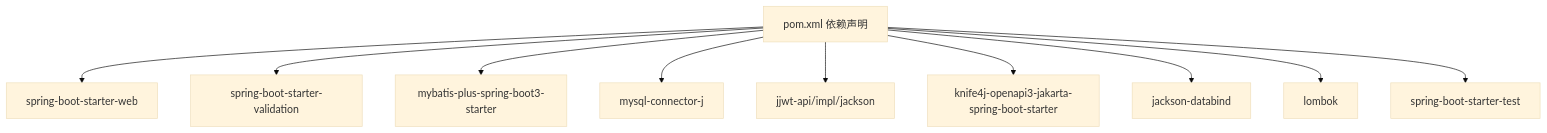
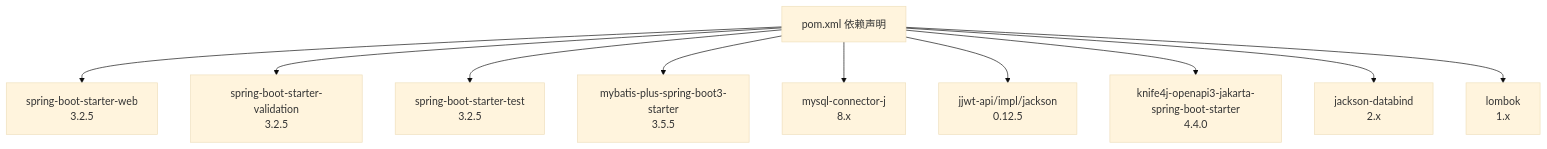
One commit to Jian9527/HelenEdu changed the eighth of 8 diagrams in .qoder/repowiki/zh/content/后端系统设计/后端系统设计.md. Above: the diagram before and after it, drawn with Mermaid (base theme). The commit also changed other lines of this file and 41 other files, not shown here.

````diff
--- a/.qoder/repowiki/zh/content/后端系统设计/后端系统设计.md
+++ b/.qoder/repowiki/zh/content/后端系统设计/后端系统设计.md
@@ -305,12 +416,12 @@
 ```mermaid
 graph TB
-POM["pom.xml 依赖声明"] --> WEB["spring-boot-starter-web"]
-POM --> VALID["spring-boot-starter-validation"]
-POM --> MP["mybatis-plus-spring-boot3-starter"]
-POM --> MYSQL["mysql-connector-j"]
-POM --> JWT["jjwt-api/impl/jackson"]
-POM --> K4J["knife4j-openapi3-jakarta-spring-boot-starter"]
-POM --> JACK["jackson-databind"]
-POM --> LOMBOK["lombok"]
-POM --> TEST["spring-boot-starter-test"]
+POM["pom.xml 依赖声明"] --> WEB["spring-boot-starter-web<br/>3.2.5"]
+POM --> VALID["spring-boot-starter-validation<br/>3.2.5"]
+POM --> TEST["spring-boot-starter-test<br/>3.2.5"]
+POM --> MP["mybatis-plus-spring-boot3-starter<br/>3.5.5"]
+POM --> MYSQL["mysql-connector-j<br/>8.x"]
+POM --> JWT["jjwt-api/impl/jackson<br/>0.12.5"]
+POM --> K4J["knife4j-openapi3-jakarta-spring-boot-starter<br/>4.4.0"]
+POM --> JACK["jackson-databind<br/>2.x"]
+POM --> LOMBOK["lombok<br/>1.x"]
 ```
````
